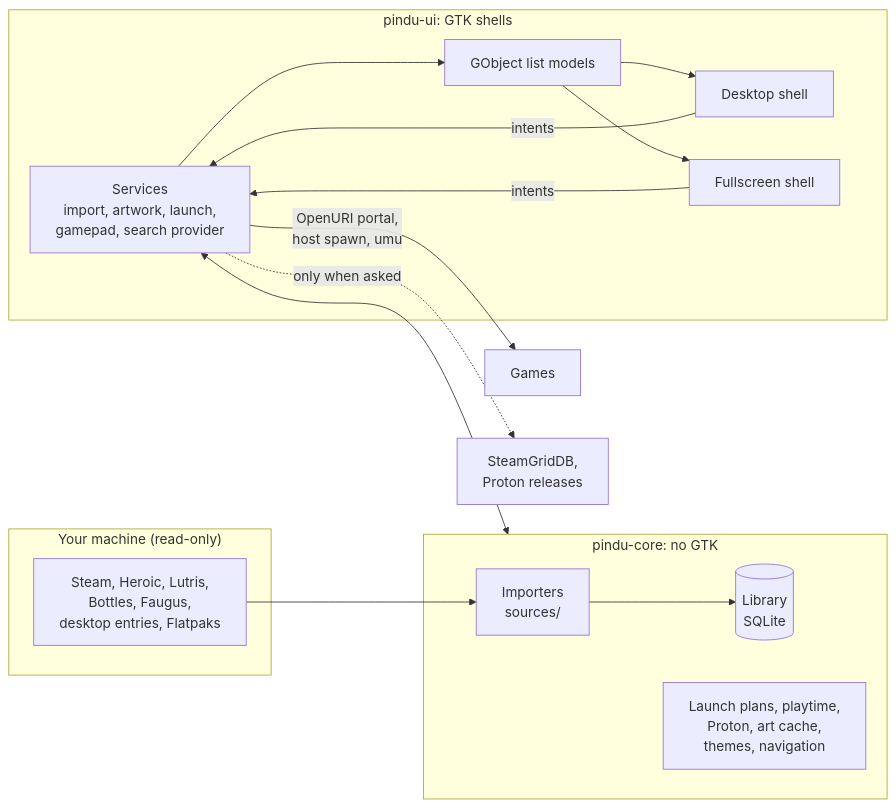
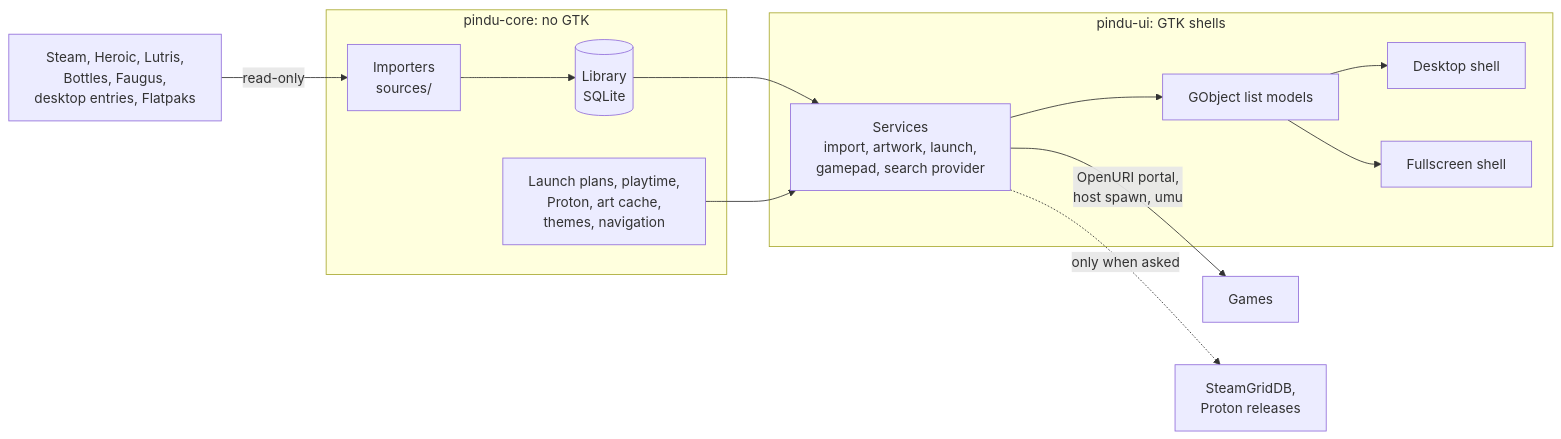
The diagram in README.md (Tim-van-Oudheusden/pindu-launcher), drawn with Mermaid before and after one commit. The commit also changed other lines of this file, not shown here.

Commit message:
docs(readme): untangle the architecture diagram (#188)

````diff
--- a/README.md
+++ b/README.md
@@ -215,26 +215,21 @@
 ```mermaid
 flowchart LR
-  subgraph machine["Your machine (read-only)"]
-    launchers["Steam, Heroic, Lutris,<br/>Bottles, Faugus,<br/>desktop entries, Flatpaks"]
-  end
+  launchers["Steam, Heroic, Lutris,<br/>Bottles, Faugus,<br/>desktop entries, Flatpaks"]
 
   subgraph core["pindu-core: no GTK"]
-    importers["Importers<br/>sources/"]
-    store[("Library<br/>SQLite")]
+    importers["Importers<br/>sources/"] --> store[("Library<br/>SQLite")]
     logic["Launch plans, playtime,<br/>Proton, art cache,<br/>themes, navigation"]
   end
 
   subgraph ui["pindu-ui: GTK shells"]
-    services["Services<br/>import, artwork, launch,<br/>gamepad, search provider"]
-    models["GObject list models"]
-    desktop["Desktop shell"]
-    fullscreen["Fullscreen shell"]
+    services["Services<br/>import, artwork, launch,<br/>gamepad, search provider"] --> models["GObject list models"]
+    models --> desktop["Desktop shell"]
+    models --> fullscreen["Fullscreen shell"]
   end
 
-  launchers --> importers --> store
-  services <--> core
-  services --> models --> desktop & fullscreen
-  desktop & fullscreen -->|"intents"| services
+  launchers -->|"read-only"| importers
+  store --> services
+  logic --> services
   services -->|"OpenURI portal,<br/>host spawn, umu"| games["Games"]
   services -.->|"only when asked"| online["SteamGridDB,<br/>Proton releases"]
 ```
````
